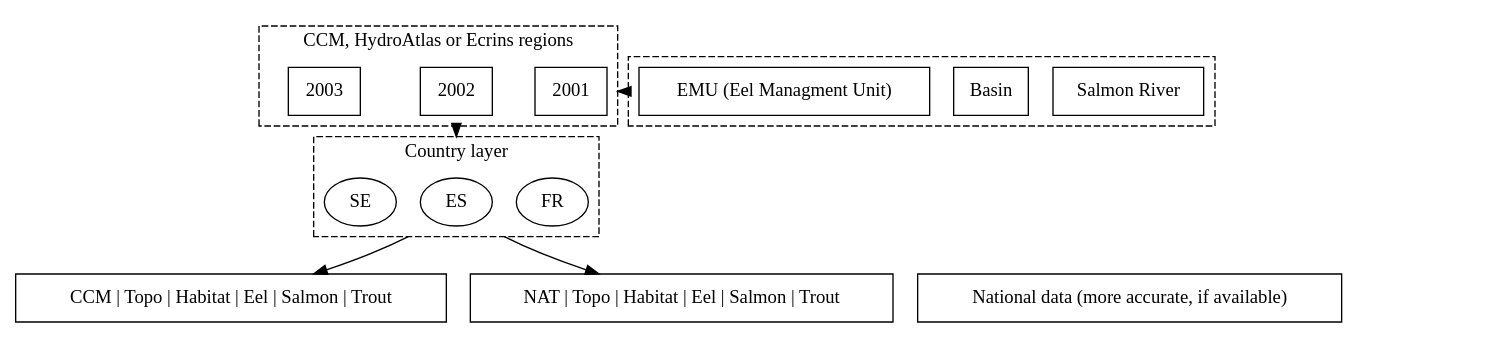
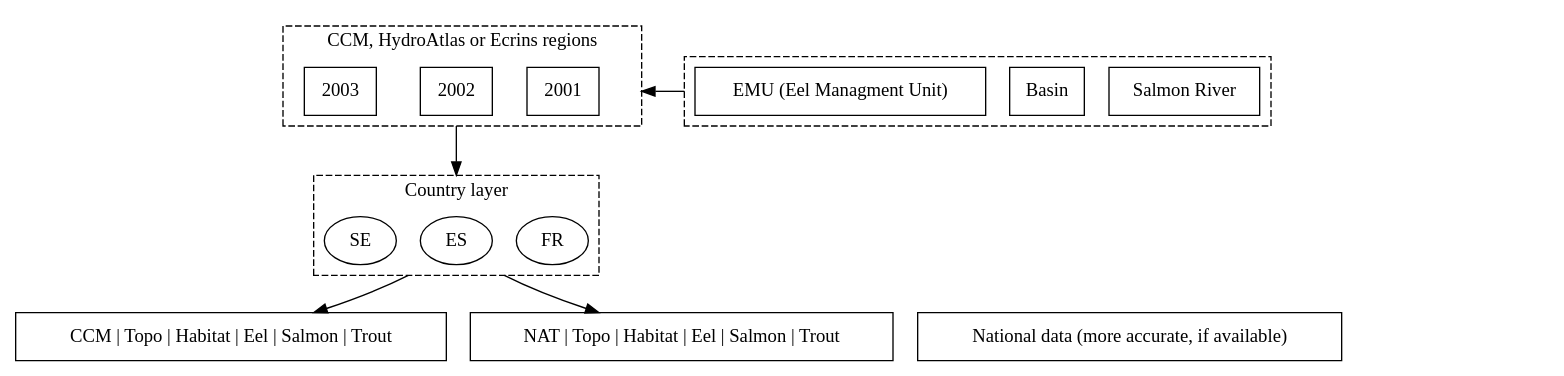
One commit to DIASPARAproject/WP3_migdb changed the first of 2 diagrams in R/diaspara_WP3_presentation.qmd. Above: the diagram before and after it, drawn with Graphviz. The commit also changed other lines of this file, not shown here.

Commit message:
fix: fixing issues with diagrams (arrow length and syntax)

````diff
--- a/R/diaspara_WP3_presentation.qmd
+++ b/R/diaspara_WP3_presentation.qmd
@@ -55,61 +55,61 @@
 ```{dot}
 digraph {
     //rankdir=TB; // Top-to-bottom orientation
     compound=true;
     newrank=true;
     A [label="2001", shape=box];
     B [label="2002", shape=box];
     C [label="2003", shape=box];
     D [label="FR", shape=ellipse];
     E [label="ES", shape=ellipse];
     F [label="SE", shape=ellipse];
     G [label="CCM | Topo | Habitat | Eel | Salmon | Trout", shape=box];
     H [label="NAT | Topo | Habitat | Eel | Salmon | Trout", shape=box];
 
     subgraph clusterA {
       label = "CCM, HydroAtlas or Ecrins regions";
       style=dashed;
       color=black;
       A;
       B;
       C;
     }
 
     subgraph clusterB {
       label = "Country layer";
       style=dashed;
       color=black;
       D;
       E;
       F;
     }
 
     
-    B -> E [ltail=clusterA,lhead=clusterB];
+    B -> E [ltail=clusterA,lhead=clusterB,minlen=2];
     E -> G,H [ltail=clusterB];
 
     I [label="Salmon River", shape=box];
     J [label="Basin", shape=box];
     K [label="EMU (Eel Managment Unit)", shape=box];
     L [label="National data (more accurate, if available)", shape=box];
     M [label="",shape=none]
     N [label="",shape=none]
     O [label="",shape=none]
 
     {rank=same;D;E;F;}
     {rank=same;A;B;C;I;J;K}
     {rank=same;G;H;L;} 
 
     subgraph clusterC {
       label = "";
       style=dashed;
       color=black;
       I;
       J;
       K;
     }
 
-    K -> A [ltail=clusterC,lhead=clusterA];
+    K -> A [ltail=clusterC,lhead=clusterA,minlen=4];
     //L -> H [style=invis]
 }
 ```
````
